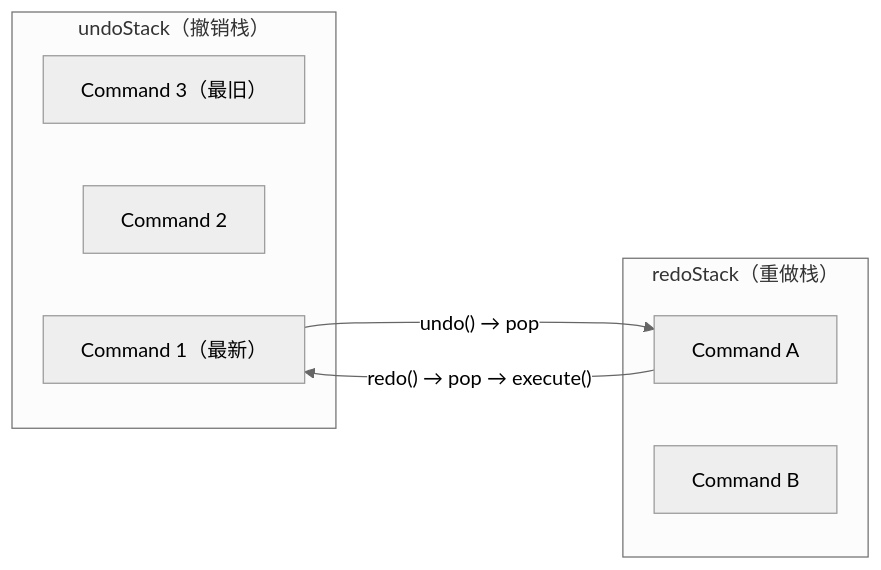
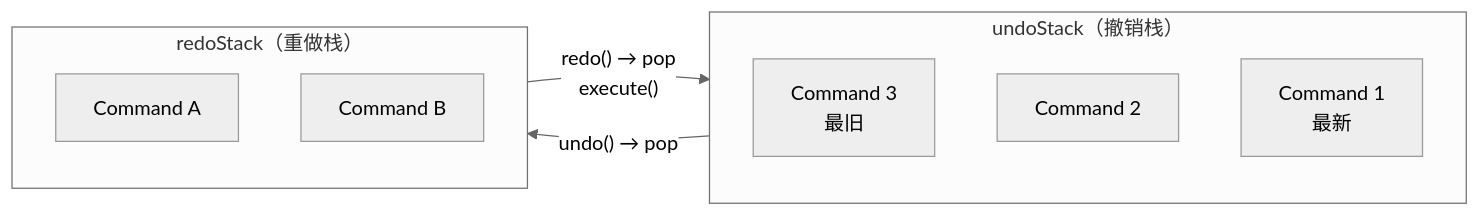
One commit to yulinxx/CAD changed the first of 4 diagrams in Docs/02-变换与交互/撤销重做机制.md. Above: the diagram before and after it, drawn with Mermaid (neutral theme). The commit also changed other lines of this file and 20 other files, not shown here.

````diff
--- a/Docs/02-变换与交互/撤销重做机制.md
+++ b/Docs/02-变换与交互/撤销重做机制.md
@@ -104,16 +104,18 @@
 ```mermaid
 flowchart LR
     subgraph undoStack ["undoStack（撤销栈）"]
-        U3["Command 3（最旧）"]
-        U2["Command 2"]
-        U1["Command 1（最新）"]
+        direction TB
+        U3[Command 3<br/>最旧]
+        U2[Command 2]
+        U1[Command 1<br/>最新]
     end
-    
+
     subgraph redoStack ["redoStack（重做栈）"]
-        R1["Command A"]
-        R2["Command B"]
+        direction TB
+        R1[Command A]
+        R2[Command B]
     end
-    
+
     U1 -->|"undo() → pop"| R1
-    R1 -->|"redo() → pop → execute()"| U1
+    R1 -->|"redo() → pop<br/>execute()"| U1
 ```
````
